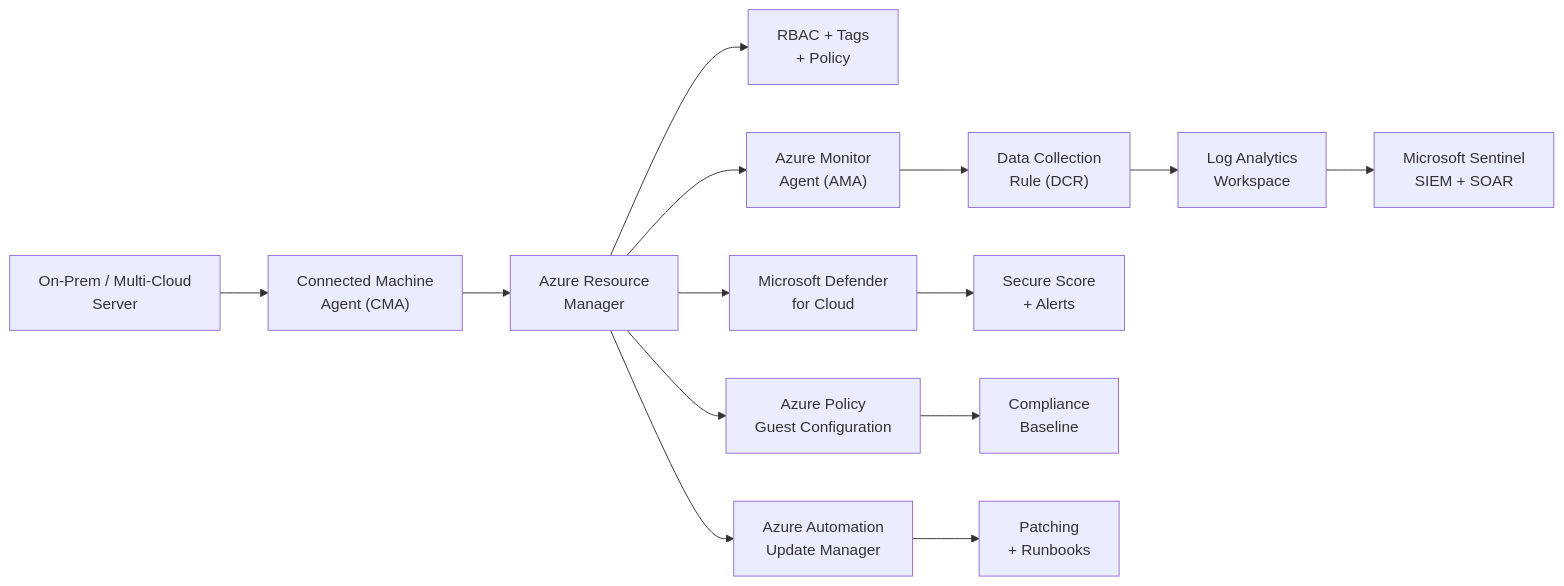
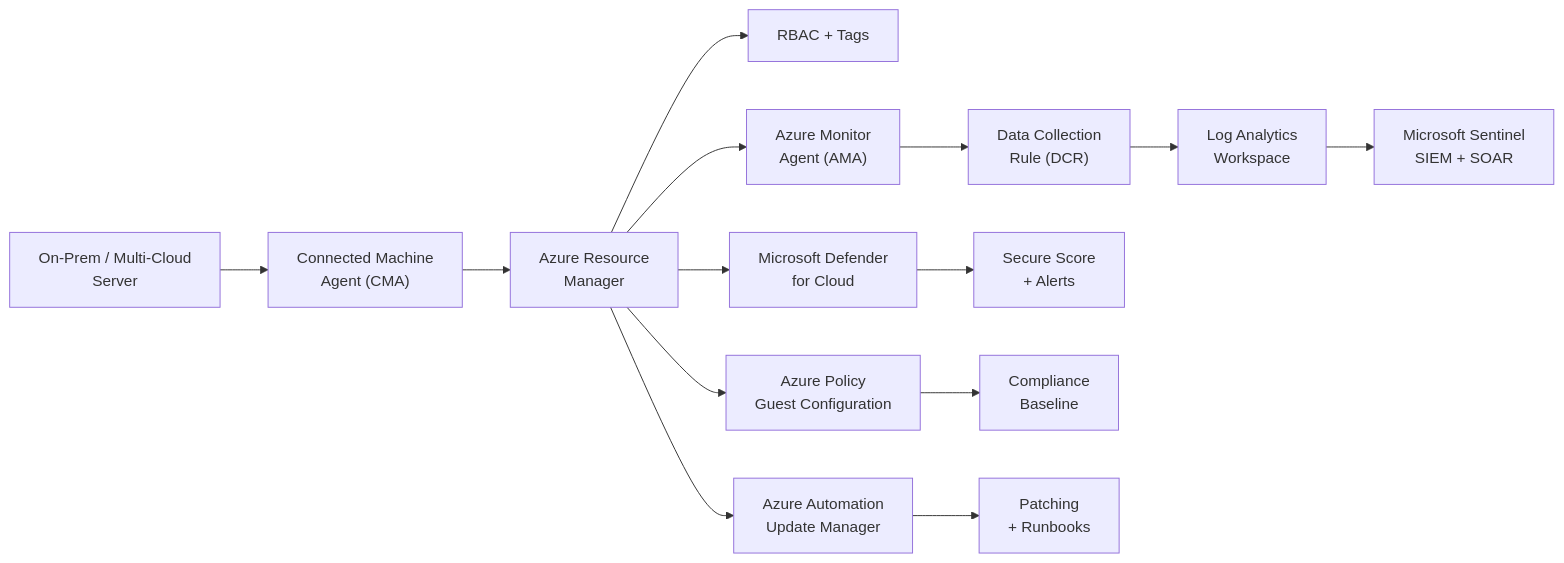
One commit to nkadwaikar/azure-hands-on-engineering changed diagram 11 of 12 in Architecture Overview.md. Above: the diagram before and after it, drawn with Mermaid. The commit also changed other lines of this file and 4 other files, not shown here.

````diff
--- a/Architecture Overview.md
+++ b/Architecture Overview.md
@@ -139,16 +154,16 @@
 ```mermaid
 flowchart LR
     Server["On-Prem / Multi-Cloud\nServer"] --> CMA["Connected Machine\nAgent (CMA)"]
     CMA --> ARM["Azure Resource\nManager"]
-    ARM --> RBAC["RBAC + Tags\n+ Policy"]
+    ARM --> RBAC["RBAC + Tags"]
     ARM --> AMA["Azure Monitor\nAgent (AMA)"]
     AMA --> DCR["Data Collection\nRule (DCR)"]
     DCR --> LAW["Log Analytics\nWorkspace"]
     LAW --> Sentinel["Microsoft Sentinel\nSIEM + SOAR"]
     ARM --> MDC["Microsoft Defender\nfor Cloud"]
     MDC --> Score["Secure Score\n+ Alerts"]
     ARM --> Policy["Azure Policy\nGuest Configuration"]
     Policy --> Comply["Compliance\nBaseline"]
     ARM --> Auto["Azure Automation\nUpdate Manager"]
     Auto --> Patch["Patching\n+ Runbooks"]
 ```
````
